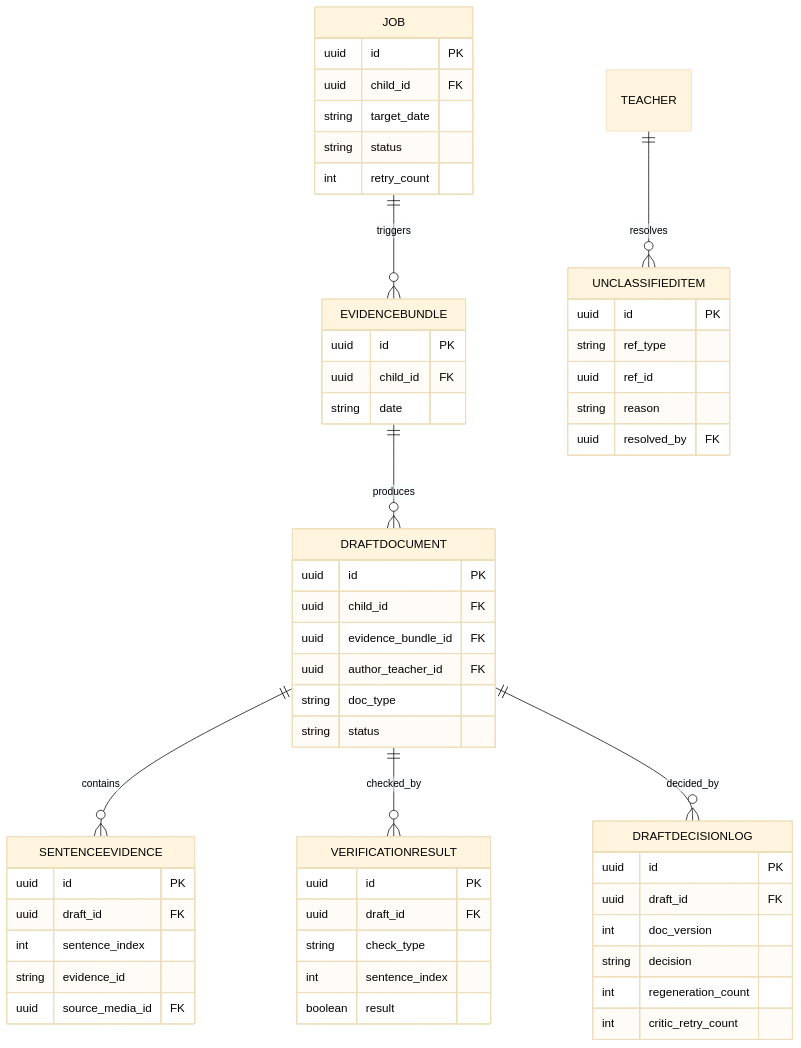
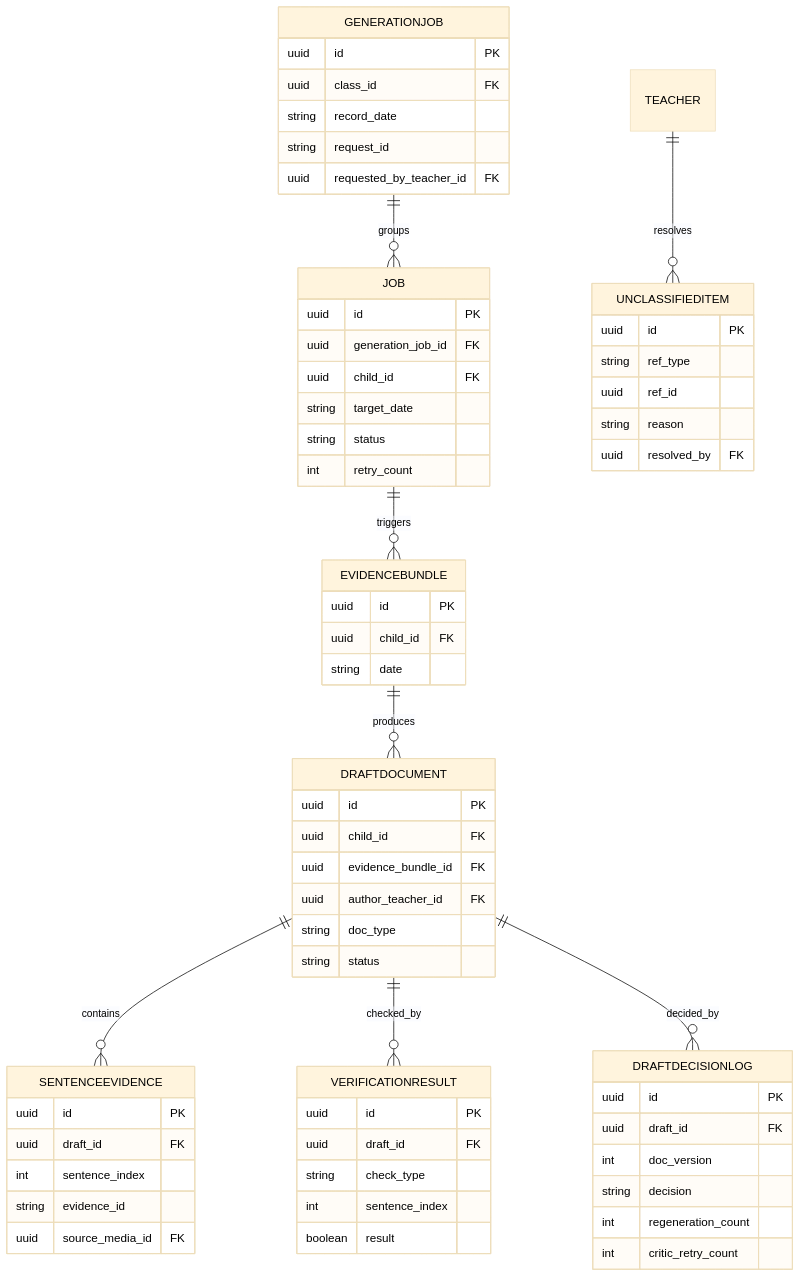
Before and after one commit to kakaotechcampus-4/ktc4-chungnam-4: the fourth of 8 diagrams in docs/테크스펙.md, drawn with Mermaid. The commit also changed other lines of this file, not shown here.

First line of the commit message:
docs: add GenerationJob and FE-triggered job start

````diff
--- a/docs/테크스펙.md
+++ b/docs/테크스펙.md
@@ -571,59 +572,68 @@
 ```mermaid
 %%{init: {'theme':'base', 'themeVariables': {'primaryTextColor':'#000000','textColor':'#000000','lineColor':'#000000'}}}%%
 erDiagram
+  GENERATIONJOB {
+    uuid id PK
+    uuid class_id FK
+    string record_date
+    string request_id
+    uuid requested_by_teacher_id FK
+  }
   JOB {
     uuid id PK
+    uuid generation_job_id FK
     uuid child_id FK
     string target_date
     string status
     int retry_count
   }
   EVIDENCEBUNDLE {
     uuid id PK
     uuid child_id FK
     string date
   }
   DRAFTDOCUMENT {
     uuid id PK
     uuid child_id FK
     uuid evidence_bundle_id FK
     uuid author_teacher_id FK
     string doc_type
     string status
   }
   SENTENCEEVIDENCE {
     uuid id PK
     uuid draft_id FK
     int sentence_index
     string evidence_id
     uuid source_media_id FK
   }
   VERIFICATIONRESULT {
     uuid id PK
     uuid draft_id FK
     string check_type
     int sentence_index
     boolean result
   }
   DRAFTDECISIONLOG {
     uuid id PK
     uuid draft_id FK
     int doc_version
     string decision
     int regeneration_count
     int critic_retry_count
   }
   UNCLASSIFIEDITEM {
     uuid id PK
     string ref_type
     uuid ref_id
     string reason
     uuid resolved_by FK
   }
+  GENERATIONJOB ||--o{ JOB : groups
   JOB ||--o{ EVIDENCEBUNDLE : triggers
   EVIDENCEBUNDLE ||--o{ DRAFTDOCUMENT : produces
   DRAFTDOCUMENT ||--o{ SENTENCEEVIDENCE : contains
   DRAFTDOCUMENT ||--o{ VERIFICATIONRESULT : checked_by
   DRAFTDOCUMENT ||--o{ DRAFTDECISIONLOG : decided_by
   TEACHER ||--o{ UNCLASSIFIEDITEM : resolves
 ```
````
